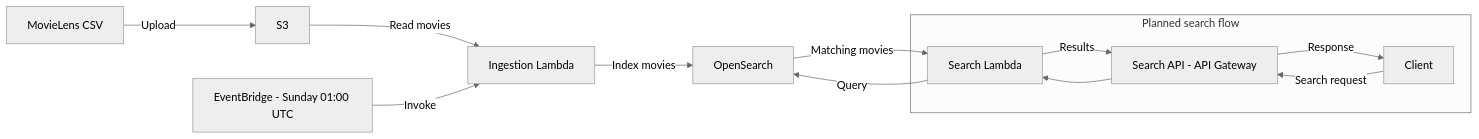
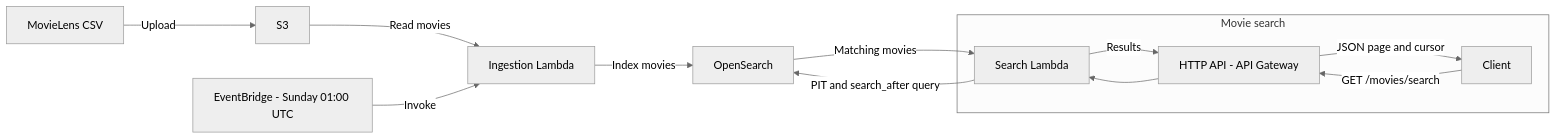
The diagram in docs/opensearch-service/README.md (nitinsharma74/floci-aws-setup), drawn with Mermaid (neutral theme) before and after one commit. The commit also changed other lines of this file and 6 other files, not shown here.

Commit message:
Adding search lambda and API gateway

````diff
--- a/docs/opensearch-service/README.md
+++ b/docs/opensearch-service/README.md
@@ -15,16 +18,16 @@
 ```mermaid
 flowchart LR
     dataset[MovieLens CSV] -->|Upload| bucket[S3]
     bucket -->|Read movies| ingestion[Ingestion Lambda]
     schedule[EventBridge - Sunday 01:00 UTC] -->|Invoke| ingestion
     ingestion -->|Index movies| domain[OpenSearch]
 
-    subgraph planned [Planned search flow]
-        client[Client] -->|Search request| api[Search API - API Gateway]
+    subgraph searchflow [Movie search]
+        client[Client] -->|GET /movies/search| api[HTTP API - API Gateway]
         api --> search[Search Lambda]
         search -->|Results| api
-        api -->|Response| client
+        api -->|JSON page and cursor| client
     end
-    search -->|Query| domain
+    search -->|PIT and search_after query| domain
     domain -->|Matching movies| search
 ```
````
